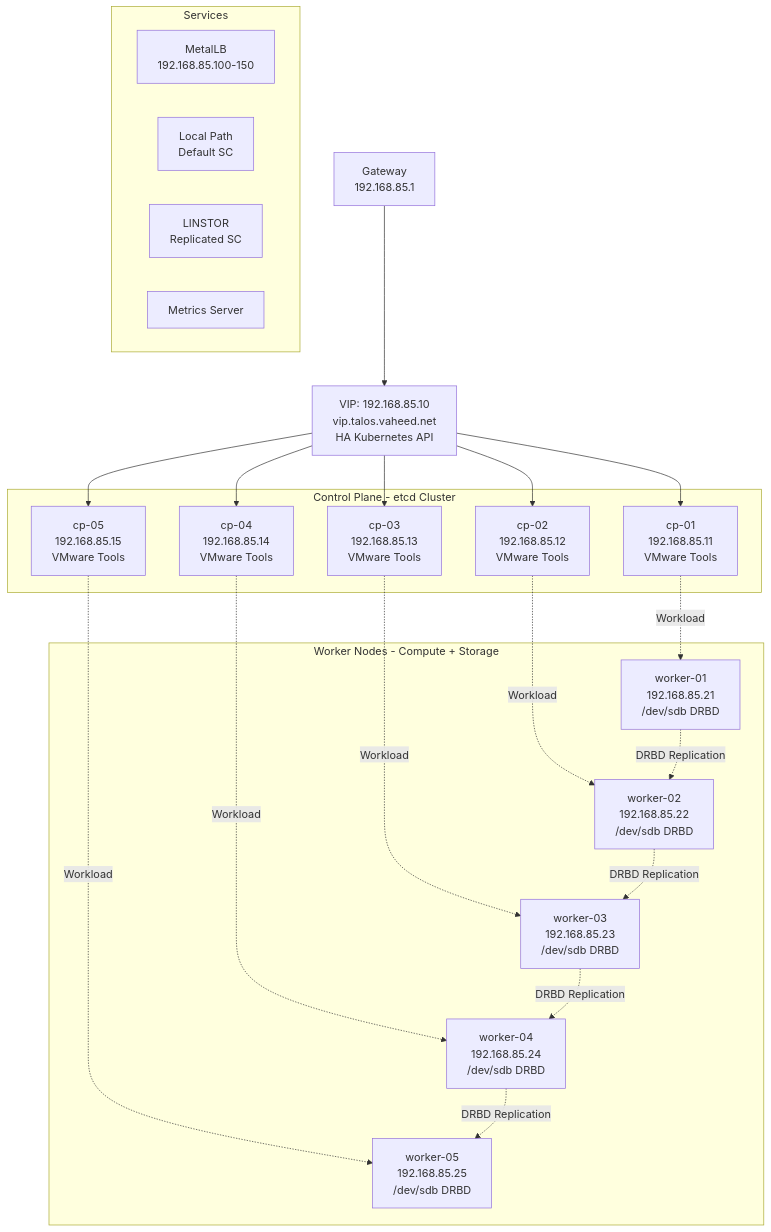
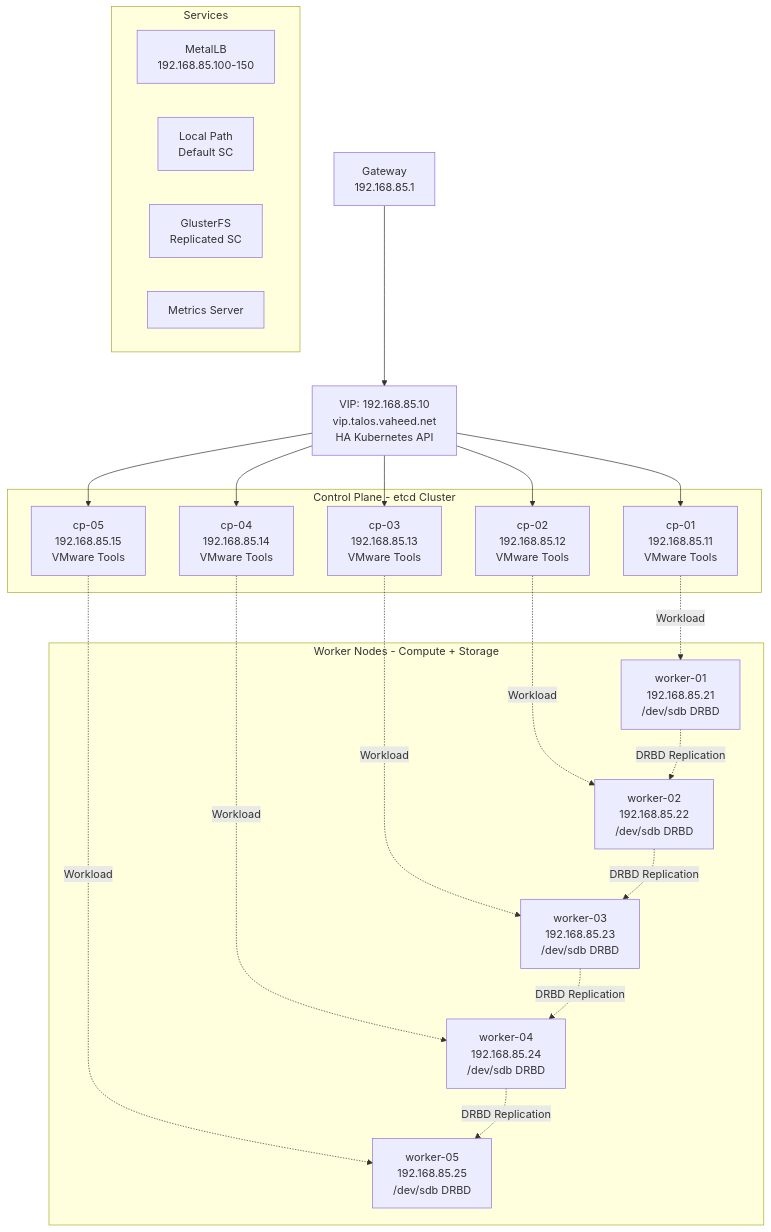
The diagram in HP.md (vaheed/talos-kubernetes-cluster), drawn with Mermaid before and after one commit. The commit also changed other lines of this file, not shown here.

First line of the commit message:
Migrate storage from LINSTOR to GlusterFS

````diff
--- a/HP.md
+++ b/HP.md
@@ -82,46 +81,46 @@
 ```mermaid
 graph TD
     GW[Gateway<br/>192.168.85.1]
     VIP[VIP: 192.168.85.10<br/>vip.talos.vaheed.net<br/>HA Kubernetes API]
     
     subgraph "Control Plane - etcd Cluster"
         CP1[cp-01<br/>192.168.85.11<br/>VMware Tools]
         CP2[cp-02<br/>192.168.85.12<br/>VMware Tools]
         CP3[cp-03<br/>192.168.85.13<br/>VMware Tools]
         CP4[cp-04<br/>192.168.85.14<br/>VMware Tools]
         CP5[cp-05<br/>192.168.85.15<br/>VMware Tools]
     end
     
     subgraph "Worker Nodes - Compute + Storage"
         W1[worker-01<br/>192.168.85.21<br/>/dev/sdb DRBD]
         W2[worker-02<br/>192.168.85.22<br/>/dev/sdb DRBD]
         W3[worker-03<br/>192.168.85.23<br/>/dev/sdb DRBD]
         W4[worker-04<br/>192.168.85.24<br/>/dev/sdb DRBD]
         W5[worker-05<br/>192.168.85.25<br/>/dev/sdb DRBD]
     end
     
     subgraph "Services"
         LB[MetalLB<br/>192.168.85.100-150]
         STOR1[Local Path<br/>Default SC]
-        STOR2[LINSTOR<br/>Replicated SC]
+        STOR2[GlusterFS<br/>Replicated SC]
         MON[Metrics Server]
     end
     
     GW --> VIP
     VIP --> CP1
     VIP --> CP2
     VIP --> CP3
     VIP --> CP4
     VIP --> CP5
     
     CP1 -.Workload.-> W1
     CP2 -.Workload.-> W2
     CP3 -.Workload.-> W3
     CP4 -.Workload.-> W4
     CP5 -.Workload.-> W5
     
     W1 -.DRBD Replication.-> W2
     W2 -.DRBD Replication.-> W3
     W3 -.DRBD Replication.-> W4
     W4 -.DRBD Replication.-> W5
 ```
````
